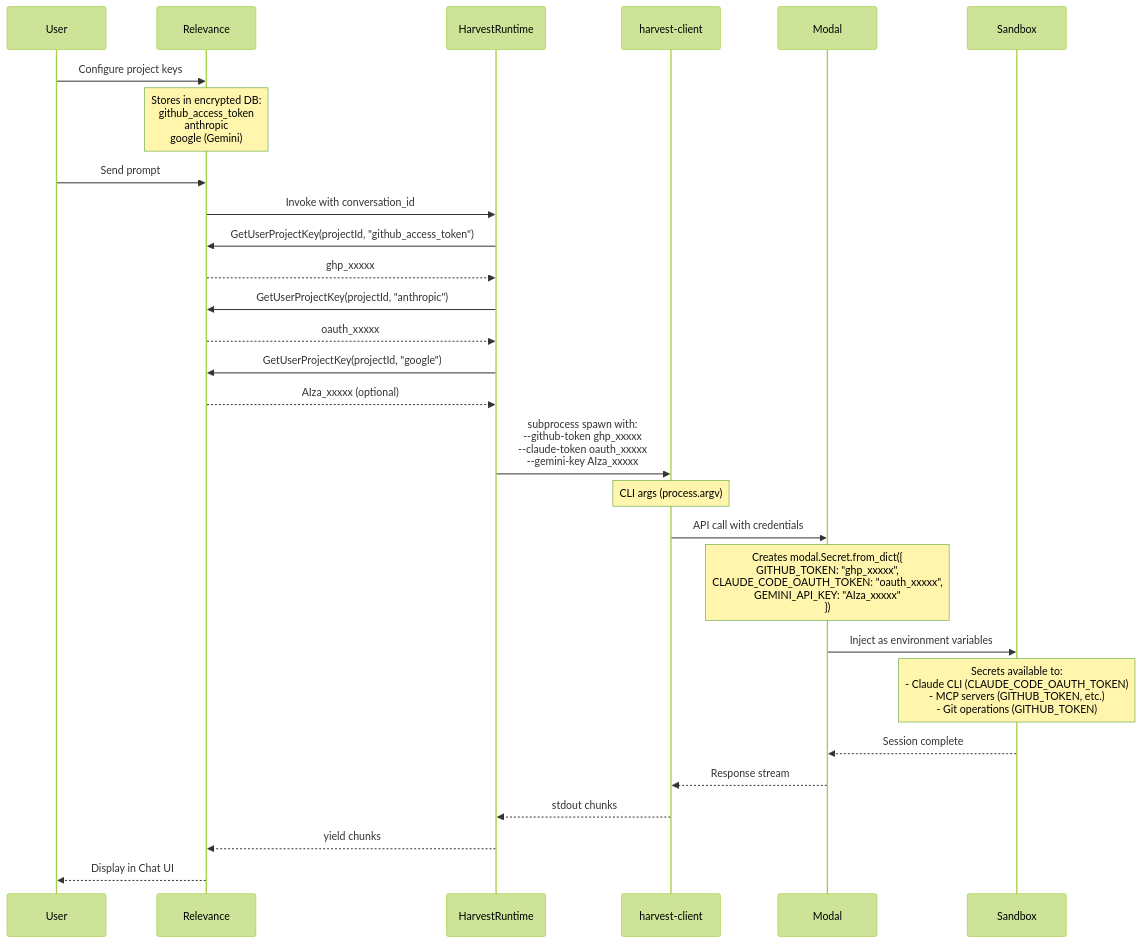
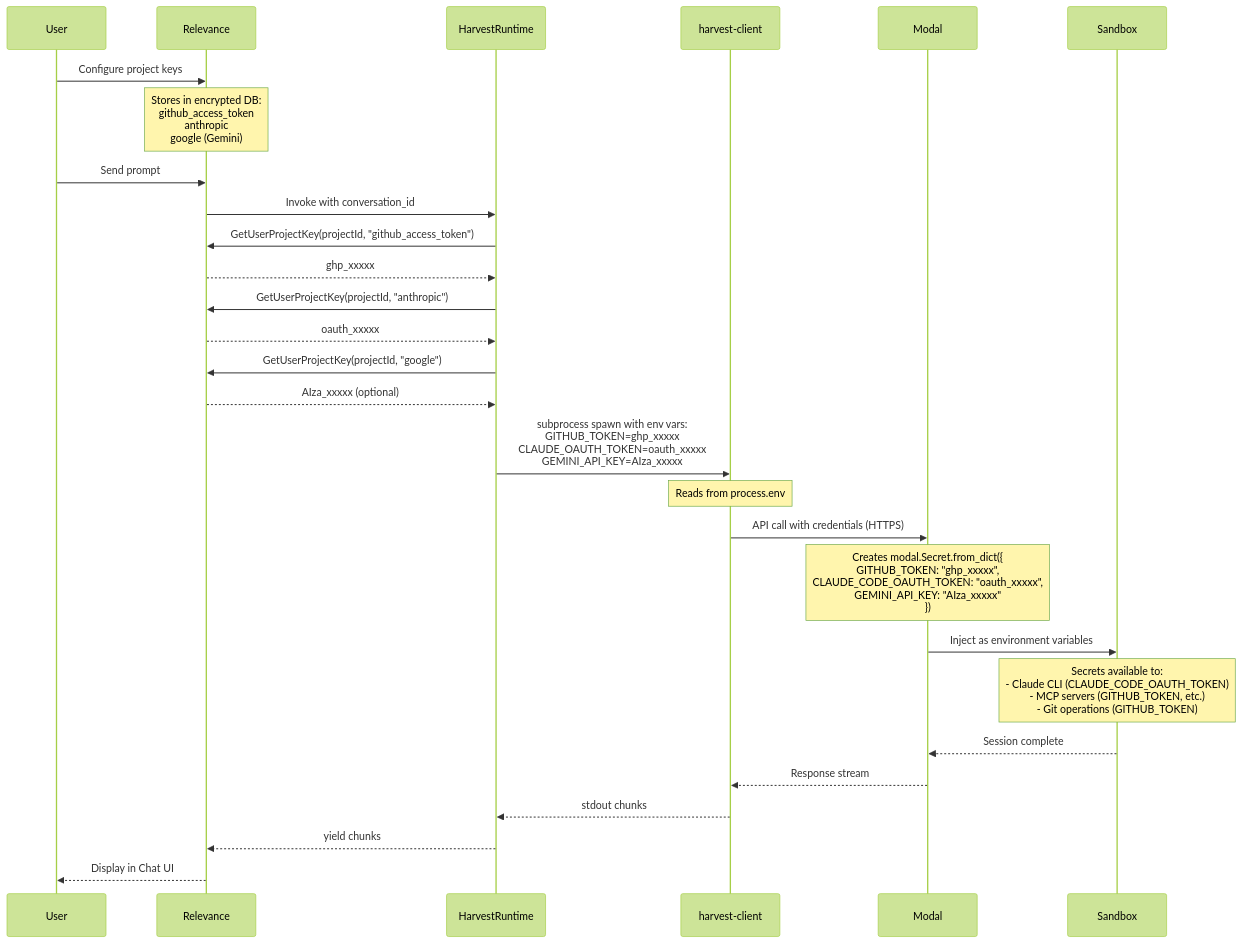
The third of 3 diagrams in .claude/plans/feat-harvest-pty-interactive-sessions/EXEC_SUMMARY.md (RelevanceAI/harvest), drawn with Mermaid (forest theme) before and after one commit. The commit also changed other lines of this file, not shown here.

First line of the commit message:
docs: fix secrets handling to use env vars instead of CLI args

````diff
--- a/.claude/plans/feat-harvest-pty-interactive-sessions/EXEC_SUMMARY.md
+++ b/.claude/plans/feat-harvest-pty-interactive-sessions/EXEC_SUMMARY.md
@@ -247,36 +247,36 @@
 ```mermaid
 sequenceDiagram
     participant User
     participant Relevance
     participant HarvestRuntime
     participant harvest-client
     participant Modal
     participant Sandbox
 
     User->>Relevance: Configure project keys
     Note over Relevance: Stores in encrypted DB:<br/>github_access_token<br/>anthropic<br/>google (Gemini)
 
     User->>Relevance: Send prompt
     Relevance->>HarvestRuntime: Invoke with conversation_id
     HarvestRuntime->>Relevance: GetUserProjectKey(projectId, "github_access_token")
     Relevance-->>HarvestRuntime: ghp_xxxxx
     HarvestRuntime->>Relevance: GetUserProjectKey(projectId, "anthropic")
     Relevance-->>HarvestRuntime: oauth_xxxxx
     HarvestRuntime->>Relevance: GetUserProjectKey(projectId, "google")
     Relevance-->>HarvestRuntime: AIza_xxxxx (optional)
 
-    HarvestRuntime->>harvest-client: subprocess spawn with:<br/>--github-token ghp_xxxxx<br/>--claude-token oauth_xxxxx<br/>--gemini-key AIza_xxxxx
-    Note over harvest-client: CLI args (process.argv)
+    HarvestRuntime->>harvest-client: subprocess spawn with env vars:<br/>GITHUB_TOKEN=ghp_xxxxx<br/>CLAUDE_OAUTH_TOKEN=oauth_xxxxx<br/>GEMINI_API_KEY=AIza_xxxxx
+    Note over harvest-client: Reads from process.env
 
-    harvest-client->>Modal: API call with credentials
+    harvest-client->>Modal: API call with credentials (HTTPS)
     Note over Modal: Creates modal.Secret.from_dict({<br/>  GITHUB_TOKEN: "ghp_xxxxx",<br/>  CLAUDE_CODE_OAUTH_TOKEN: "oauth_xxxxx",<br/>  GEMINI_API_KEY: "AIza_xxxxx"<br/>})
 
     Modal->>Sandbox: Inject as environment variables
     Note over Sandbox: Secrets available to:<br/>- Claude CLI (CLAUDE_CODE_OAUTH_TOKEN)<br/>- MCP servers (GITHUB_TOKEN, etc.)<br/>- Git operations (GITHUB_TOKEN)
 
     Sandbox-->>Modal: Session complete
     Modal-->>harvest-client: Response stream
     harvest-client-->>HarvestRuntime: stdout chunks
     HarvestRuntime-->>Relevance: yield chunks
     Relevance-->>User: Display in Chat UI
 ```
````
